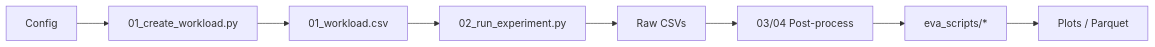
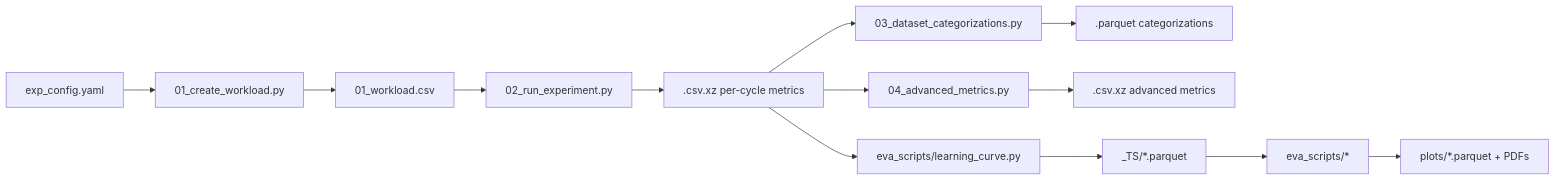
Before and after one commit to jgonsior/olympic-games-of-active-learning: the diagram in docs/personas/understand_codebase.md, drawn with Mermaid. The commit also changed other lines of this file and 10 other files, not shown here.

First line of the commit message:
Merge Reproduce/Run pages, expand Architecture & Eva Scripts, fix LaTeX

````diff
--- a/docs/personas/understand_codebase.md
+++ b/docs/personas/understand_codebase.md
@@ -9,10 +9,15 @@
 ```mermaid
 flowchart LR
-    CFG["Config"] --> GRID["01_create_workload.py"]
+    CFG["exp_config.yaml"] --> GRID["01_create_workload.py"]
     GRID --> WL["01_workload.csv"]
     WL --> RUN["02_run_experiment.py"]
-    RUN --> RAW["Raw CSVs"]
-    RAW --> POST["03/04 Post-process"]
-    POST --> EVA["eva_scripts/*"]
-    EVA --> ART["Plots / Parquet"]
+    RUN --> RAW[".csv.xz per-cycle metrics"]
+    RAW --> CAT["03_dataset_categorizations.py"]
+    RAW --> ADV["04_advanced_metrics.py"]
+    CAT --> NPZ[".parquet categorizations"]
+    ADV --> XZ[".csv.xz advanced metrics"]
+    RAW --> LC["eva_scripts/learning_curve.py"]
+    LC --> TS["_TS/*.parquet"]
+    TS --> EVA["eva_scripts/*"]
+    EVA --> ART["plots/*.parquet + PDFs"]
 ```
````
